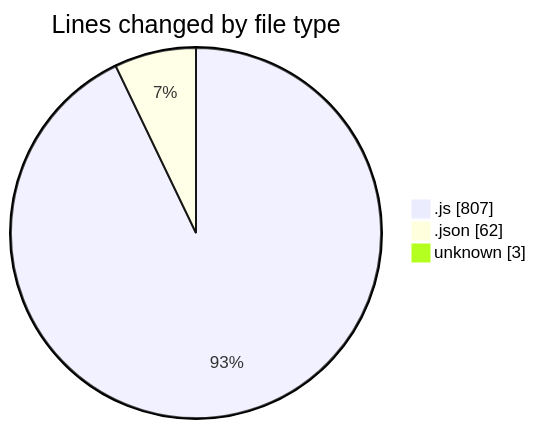
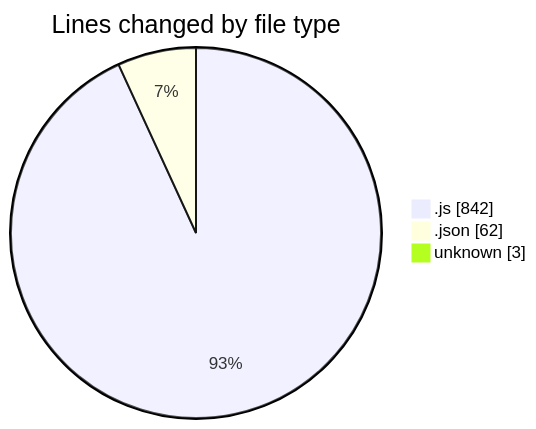
One commit to Ritupan-Deka/code-tracking changed the first of 2 diagrams in 2025-07-02/mern-thinkboard/README.md. Above: the diagram before and after it, drawn with Mermaid. The commit also changed other lines of this file and 1 other file, not shown here.

````diff
--- a/2025-07-02/mern-thinkboard/README.md
+++ b/2025-07-02/mern-thinkboard/README.md
@@ -31,7 +31,7 @@
 ```mermaid
 pie showData
 title Lines changed by file type
-".js" : 807
+".js" : 842
 ".json" : 62
 "unknown" : 3
 ```
````
